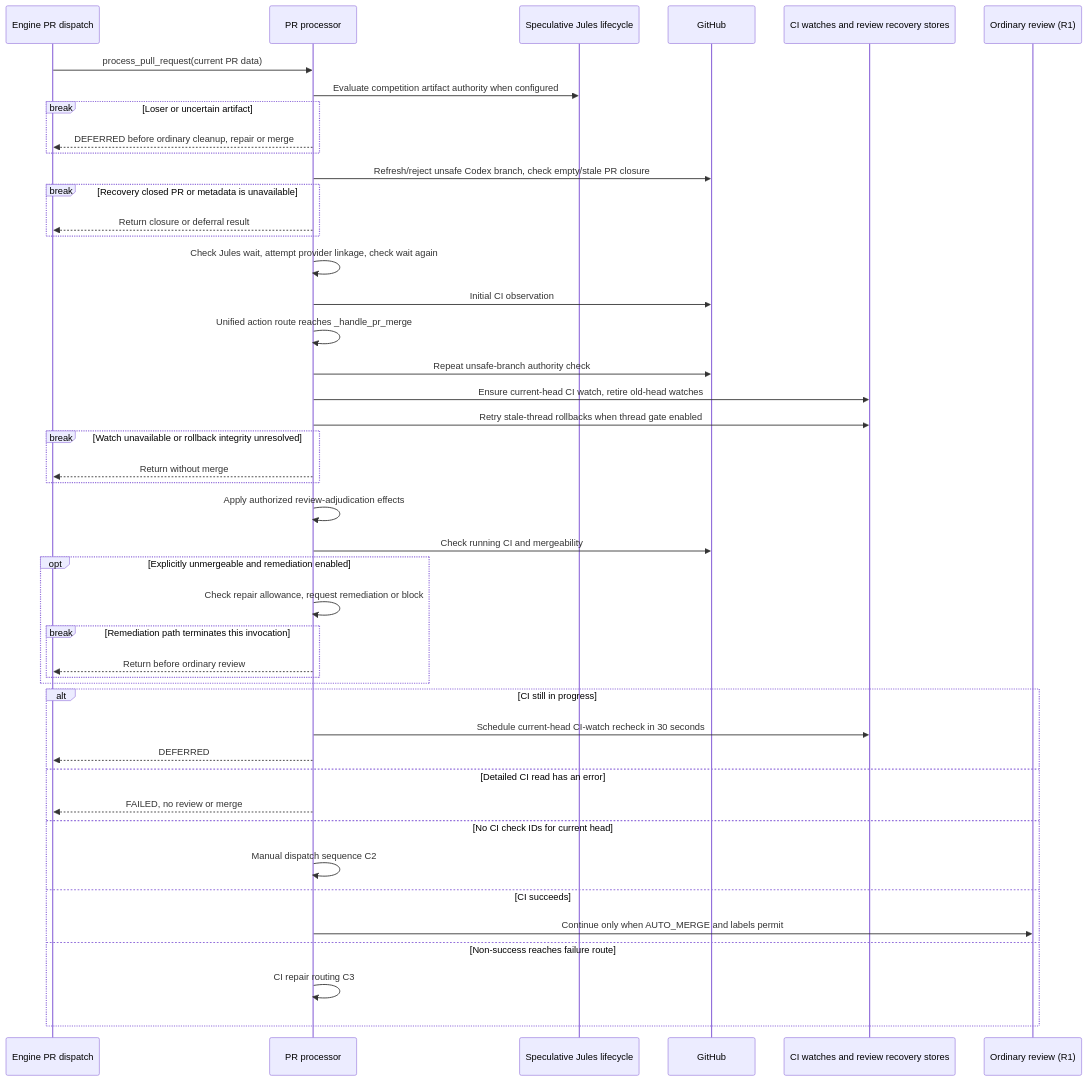
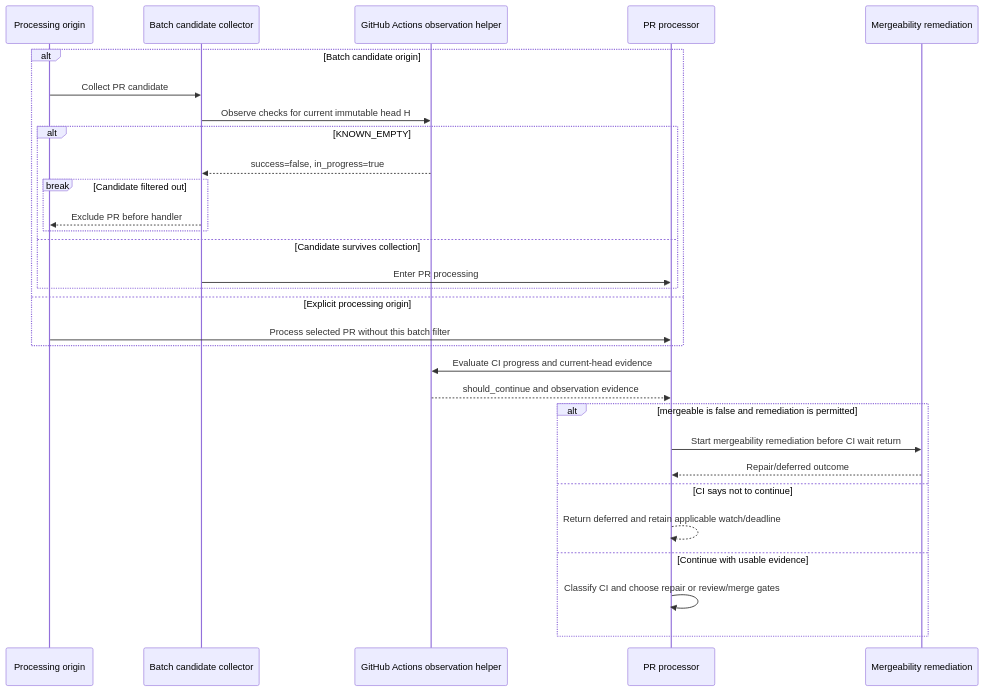
Before and after one commit to kitamura-tetsuo/auto-coder: the first of 2 diagrams in docs/architecture/as-is/pr-ci-and-repair.md, drawn with Mermaid. The commit also changed other lines of this file and 14 other files, not shown here.

First line of the commit message:
docs: refresh as-is sequences and map refactoring boundaries

````diff
--- a/docs/architecture/as-is/pr-ci-and-repair.md
+++ b/docs/architecture/as-is/pr-ci-and-repair.md
@@ -9,47 +7,32 @@
 ```mermaid
 sequenceDiagram
-    participant E as Engine PR dispatch
+    participant O as Processing origin
+    participant E as Batch candidate collector
+    participant C as GitHub Actions observation helper
     participant P as PR processor
-    participant J as Speculative Jules lifecycle
-    participant G as GitHub
-    participant D as CI watches and review recovery stores
-    participant R as Ordinary review (R1)
-    E->>P: process_pull_request(current PR data)
-    P->>J: Evaluate competition artifact authority when configured
-    break Loser or uncertain artifact
-        P-->>E: DEFERRED before ordinary cleanup, repair or merge
+    participant R as Mergeability remediation
+    alt Batch candidate origin
+        O->>E: Collect PR candidate
+        E->>C: Observe checks for current immutable head H
+        alt KNOWN_EMPTY
+            C-->>E: success=false, in_progress=true
+            break Candidate filtered out
+                E-->>O: Exclude PR before handler
+            end
+        else Candidate survives collection
+            E->>P: Enter PR processing
+        end
+    else Explicit processing origin
+        O->>P: Process selected PR without this batch filter
     end
-    P->>G: Refresh/reject unsafe Codex branch, check empty/stale PR closure
-    break Recovery closed PR or metadata is unavailable
-        P-->>E: Return closure or deferral result
-    end
-    P->>P: Check Jules wait, attempt provider linkage, check wait again
-    P->>G: Initial CI observation
-    P->>P: Unified action route reaches _handle_pr_merge
-    P->>G: Repeat unsafe-branch authority check
-    P->>D: Ensure current-head CI watch, retire old-head watches
-    P->>D: Retry stale-thread rollbacks when thread gate enabled
-    break Watch unavailable or rollback integrity unresolved
-        P-->>E: Return without merge
-    end
-    P->>P: Apply authorized review-adjudication effects
-    P->>G: Check running CI and mergeability
-    opt Explicitly unmergeable and remediation enabled
-        P->>P: Check repair allowance, request remediation or block
-        break Remediation path terminates this invocation
-            P-->>E: Return before ordinary review
-        end
-    end
-    alt CI still in progress
-        P->>D: Schedule current-head CI-watch recheck in 30 seconds
-        P-->>E: DEFERRED
-    else Detailed CI read has an error
-        P-->>E: FAILED, no review or merge
-    else No CI check IDs for current head
-        P->>P: Manual dispatch sequence C2
-    else CI succeeds
-        P->>R: Continue only when AUTO_MERGE and labels permit
-    else Non-success reaches failure route
-        P->>P: CI repair routing C3
+    P->>C: Evaluate CI progress and current-head evidence
+    C-->>P: should_continue and observation evidence
+    alt mergeable is false and remediation is permitted
+        P->>R: Start mergeability remediation before CI wait return
+        R-->>P: Repair/deferred outcome
+    else CI says not to continue
+        P-->>P: Return deferred and retain applicable watch/deadline
+    else Continue with usable evidence
+        P->>P: Classify CI and choose repair or review/merge gates
     end
 ```
````
